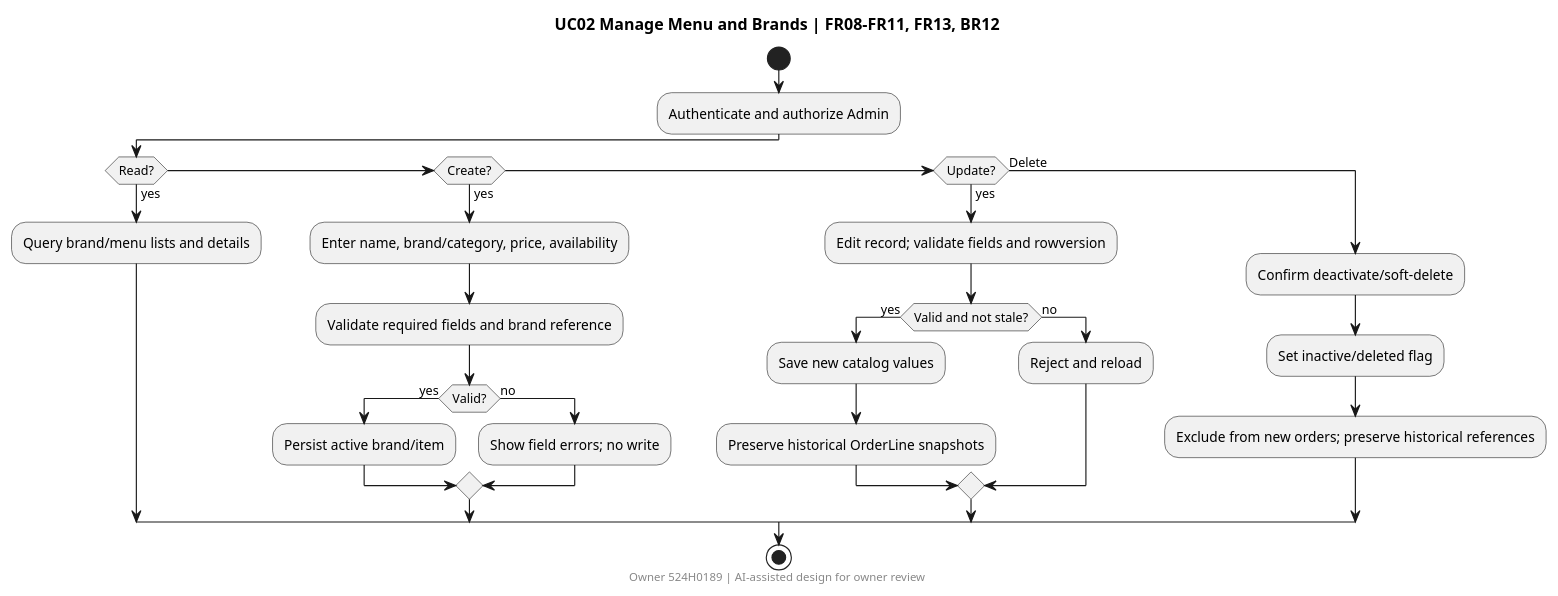
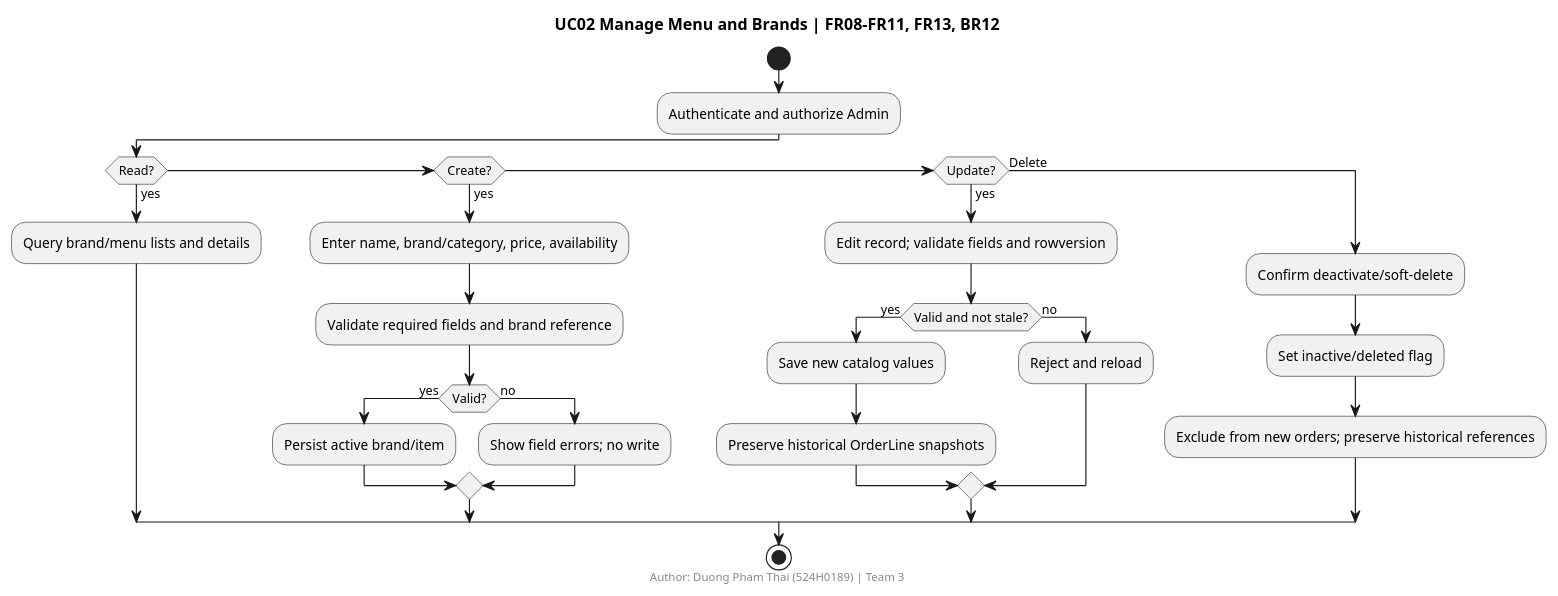
The diagram in docs/part2/diagrams/uc02-menu-activity.puml (rumnopro0809/saigonbite-group3), drawn with PlantUML before and after one commit. The commit also changed 41 other files, not shown here.

Commit message:
chore(part2): finalize V2-only Figma links, clean UML diagrams, ERD SystemSettings and report PDF

```diff
--- a/docs/part2/diagrams/uc02-menu-activity.puml
+++ b/docs/part2/diagrams/uc02-menu-activity.puml
@@ -1,30 +1,30 @@
 @startuml
 title UC02 Manage Menu and Brands | FR08-FR11, FR13, BR12
-footer Owner 524H0189 | AI-assisted design for owner review
+footer Author: Duong Pham Thai (524H0189) | Team 3
 start
 :Authenticate and authorize Admin;
 if (Read?) then (yes)
  :Query brand/menu lists and details;
 elseif (Create?) then (yes)
  :Enter name, brand/category, price, availability;
  :Validate required fields and brand reference;
  if (Valid?) then (yes)
   :Persist active brand/item;
  else (no)
   :Show field errors; no write;
  endif
 elseif (Update?) then (yes)
  :Edit record; validate fields and rowversion;
  if (Valid and not stale?) then (yes)
   :Save new catalog values;
   :Preserve historical OrderLine snapshots;
  else (no)
   :Reject and reload;
  endif
 else (Delete)
  :Confirm deactivate/soft-delete;
  :Set inactive/deleted flag;
  :Exclude from new orders; preserve historical references;
 endif
 stop
 @enduml
```
